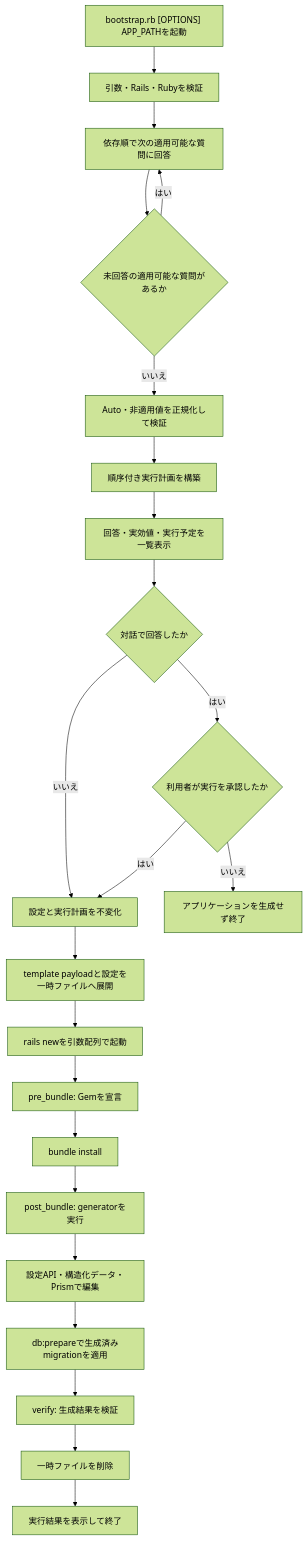
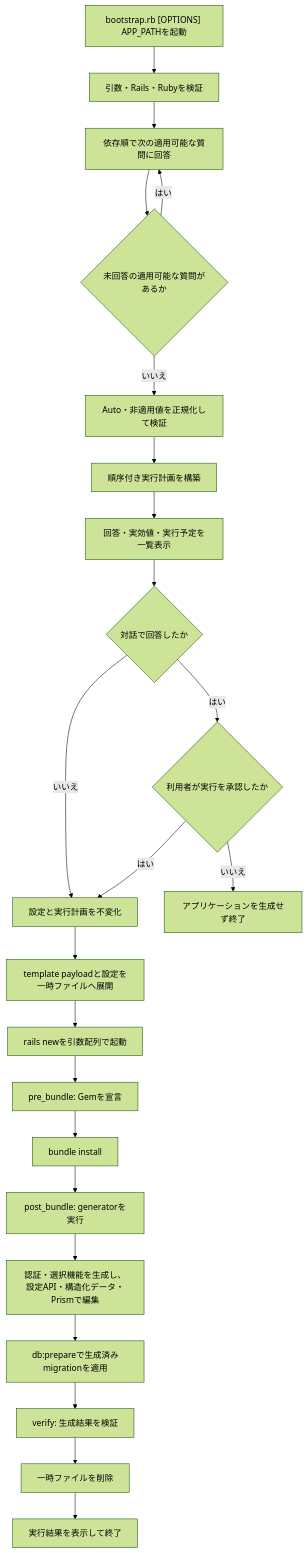
The diagram in docs/template-flow.md (supermomonga/rapid-rails-template), drawn with Mermaid (forest theme) before and after one commit. The commit also changed other lines of this file and 14 other files, not shown here.

````diff
--- a/docs/template-flow.md
+++ b/docs/template-flow.md
@@ -5,25 +5,25 @@
 ```mermaid
 flowchart TD
     A["bootstrap.rb [OPTIONS] APP_PATHを起動"] --> B["引数・Rails・Rubyを検証"]
     B --> C["依存順で次の適用可能な質問に回答"]
     C --> D{"未回答の適用可能な質問があるか"}
     D -->|はい| C
     D -->|いいえ| E["Auto・非適用値を正規化して検証"]
     E --> F["順序付き実行計画を構築"]
     F --> G["回答・実効値・実行予定を一覧表示"]
     G --> H{"対話で回答したか"}
     H -->|いいえ| J["設定と実行計画を不変化"]
     H -->|はい| I{"利用者が実行を承認したか"}
     I -->|いいえ| T["アプリケーションを生成せず終了"]
     I -->|はい| J
     J --> K["template payloadと設定を一時ファイルへ展開"]
     K --> L["rails newを引数配列で起動"]
     L --> M["pre_bundle: Gemを宣言"]
     M --> N["bundle install"]
     N --> O["post_bundle: generatorを実行"]
-    O --> P["設定API・構造化データ・Prismで編集"]
+    O --> P["認証・選択機能を生成し、設定API・構造化データ・Prismで編集"]
     P --> Q["db:prepareで生成済みmigrationを適用"]
     Q --> U["verify: 生成結果を検証"]
     U --> R["一時ファイルを削除"]
     R --> S["実行結果を表示して終了"]
 ```
````
